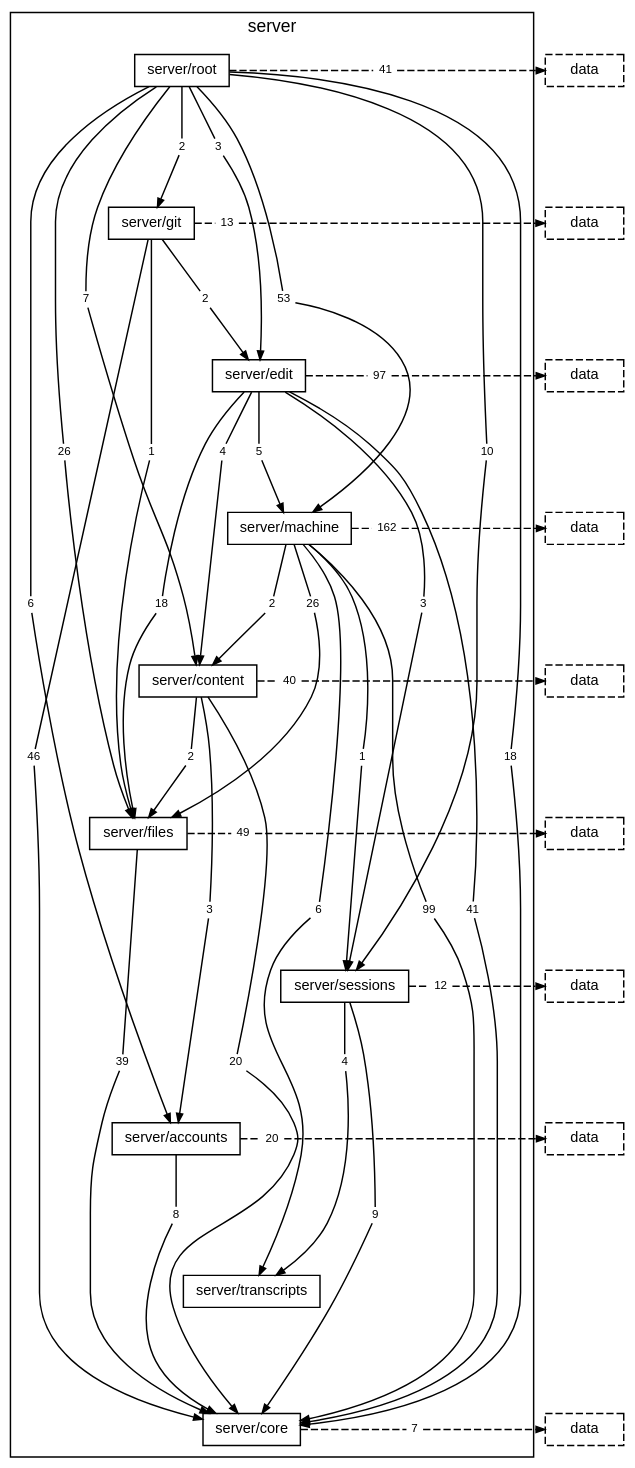
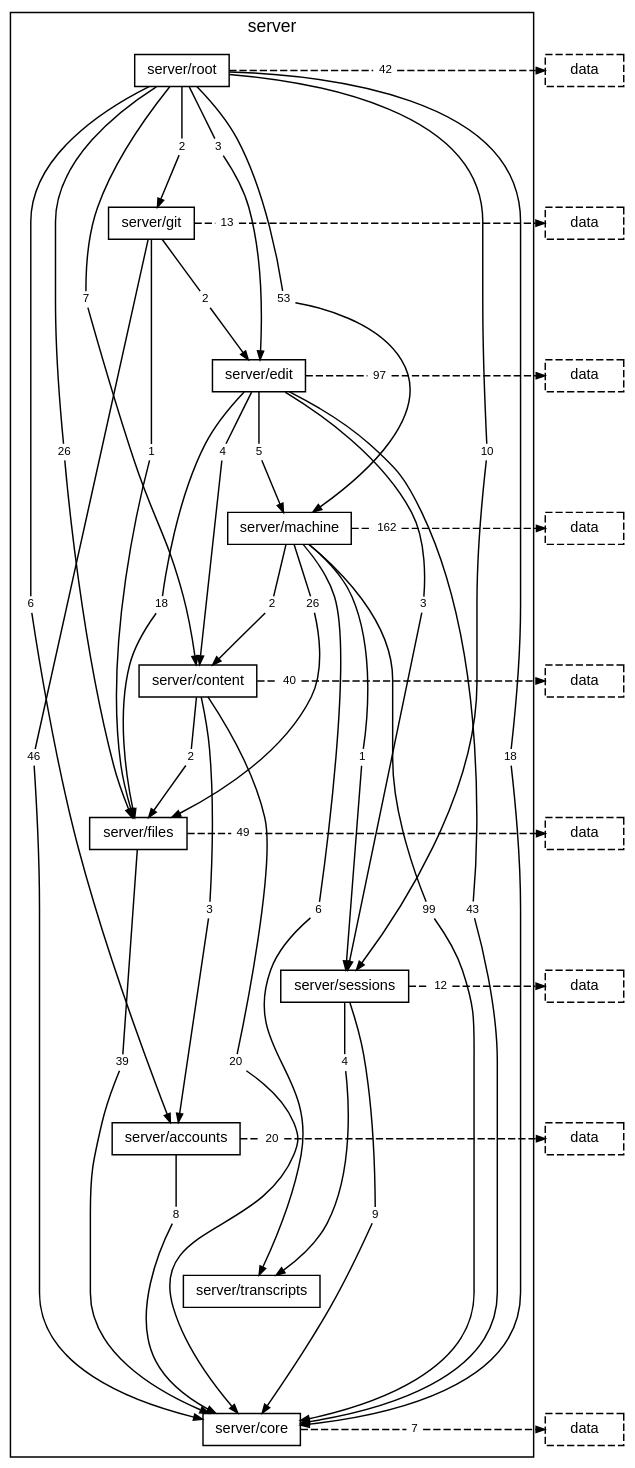
Before and after one commit to TheAxeC/oculus: the diagram in docs/diagrams/layer-server.dot, drawn with Graphviz. The commit also changed 230 other files, not shown here.

```diff
--- a/docs/diagrams/layer-server.dot
+++ b/docs/diagrams/layer-server.dot
@@ -22,13 +22,13 @@
         "folder server/root to folder server/git" [label="2", shape=box, color="transparent", fontsize=8, width=0, height=0, margin="0.04,0.02"];
         "folder server/root to folder server/machine" [label="53", shape=box, color="transparent", fontsize=8, width=0, height=0, margin="0.04,0.02"];
         "folder server/root to folder server/sessions" [label="10", shape=box, color="transparent", fontsize=8, width=0, height=0, margin="0.04,0.02"];
-        "folder server/root to layer data" [label="41", shape=box, color="transparent", fontsize=8, width=0, height=0, margin="0.04,0.02"];
+        "folder server/root to layer data" [label="42", shape=box, color="transparent", fontsize=8, width=0, height=0, margin="0.04,0.02"];
         "folder server/git to folder server/core" [label="46", shape=box, color="transparent", fontsize=8, width=0, height=0, margin="0.04,0.02"];
         "folder server/git to folder server/edit" [label="2", shape=box, color="transparent", fontsize=8, width=0, height=0, margin="0.04,0.02"];
         "folder server/git to folder server/files" [label="1", shape=box, color="transparent", fontsize=8, width=0, height=0, margin="0.04,0.02"];
         "folder server/git to layer data" [label="13", shape=box, color="transparent", fontsize=8, width=0, height=0, margin="0.04,0.02"];
         "folder server/edit to folder server/content" [label="4", shape=box, color="transparent", fontsize=8, width=0, height=0, margin="0.04,0.02"];
-        "folder server/edit to folder server/core" [label="41", shape=box, color="transparent", fontsize=8, width=0, height=0, margin="0.04,0.02"];
+        "folder server/edit to folder server/core" [label="43", shape=box, color="transparent", fontsize=8, width=0, height=0, margin="0.04,0.02"];
         "folder server/edit to folder server/files" [label="18", shape=box, color="transparent", fontsize=8, width=0, height=0, margin="0.04,0.02"];
         "folder server/edit to folder server/machine" [label="5", shape=box, color="transparent", fontsize=8, width=0, height=0, margin="0.04,0.02"];
         "folder server/edit to folder server/sessions" [label="3", shape=box, color="transparent", fontsize=8, width=0, height=0, margin="0.04,0.02"];
```
